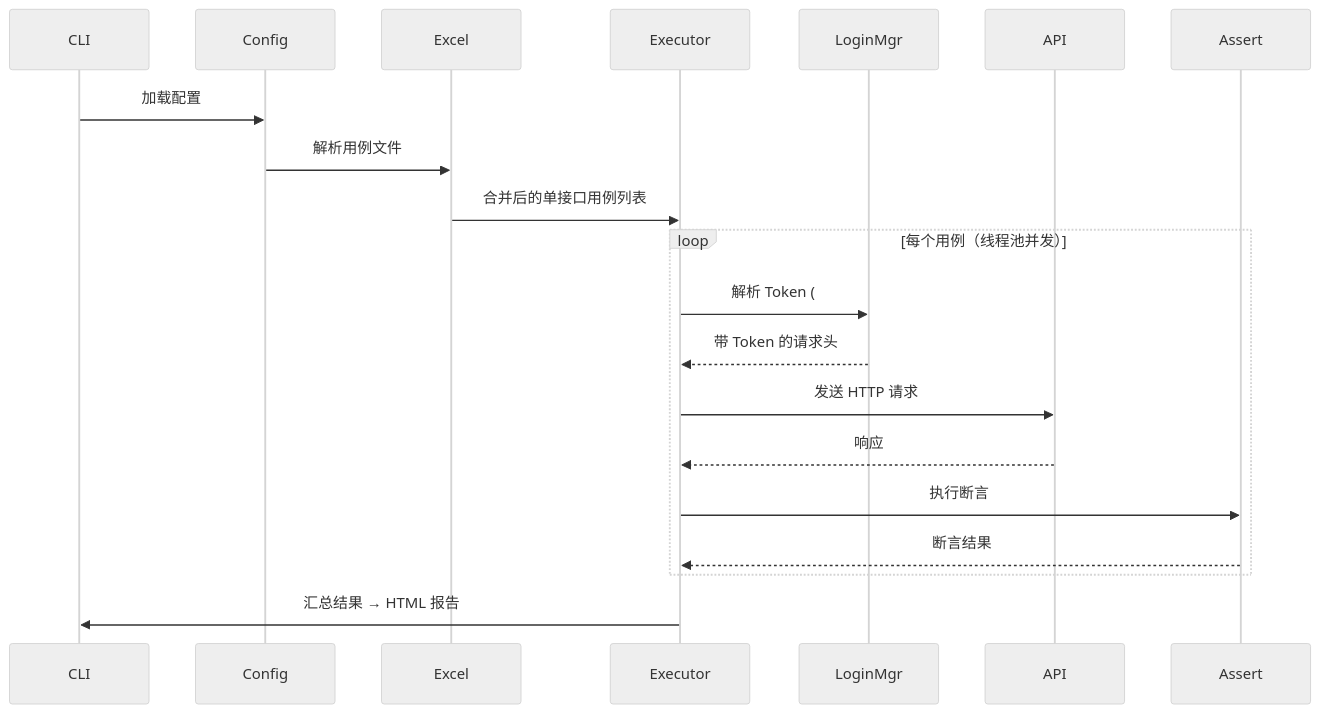
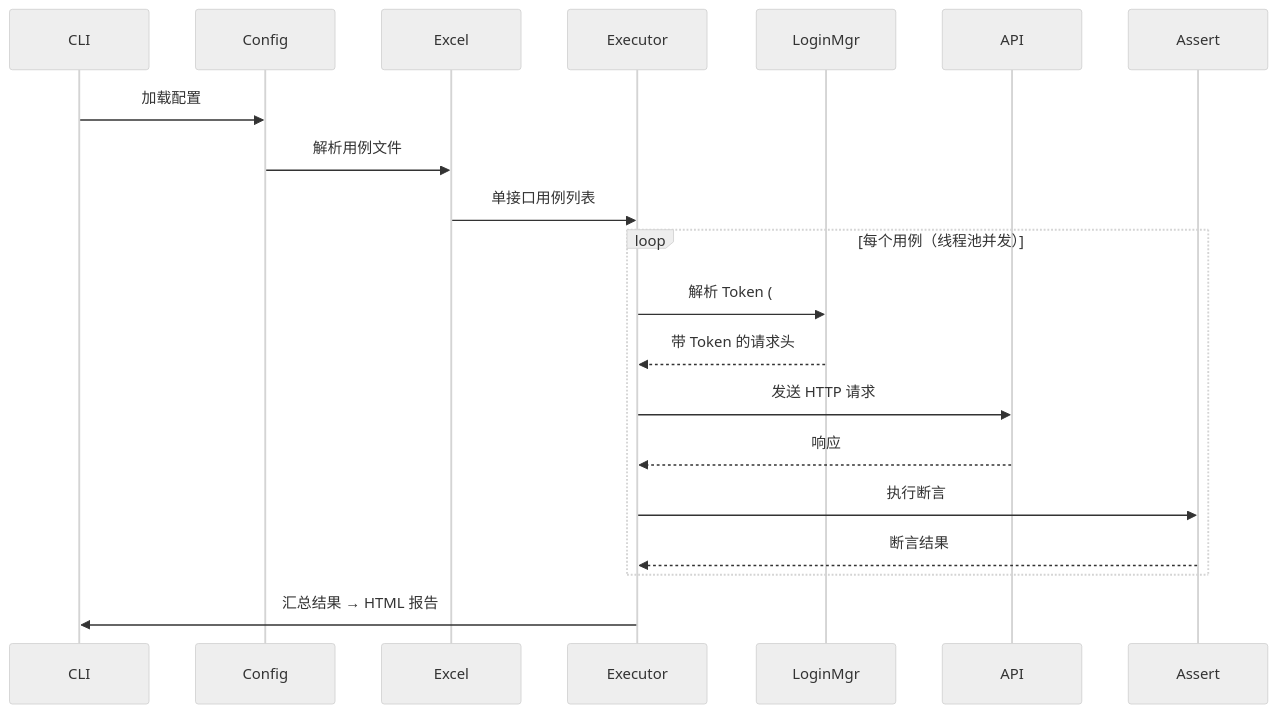
Before and after one commit to Remon-16/flow-forge: the second of 3 diagrams in python/README.md, drawn with Mermaid (neutral theme). The commit also changed other lines of this file and 4 other files, not shown here.

````diff
--- a/python/README.md
+++ b/python/README.md
@@ -385,23 +378,23 @@
 ```mermaid
 sequenceDiagram
     participant CLI
     participant Config
     participant Excel
     participant Executor
     participant LoginMgr
     participant API
     participant Assert
 
     CLI->>Config: 加载配置
     Config->>Excel: 解析用例文件
-    Excel->>Executor: 合并后的单接口用例列表
+    Excel->>Executor: 单接口用例列表
     loop 每个用例（线程池并发）
         Executor->>LoginMgr: 解析 Token (#{user})
         LoginMgr-->>Executor: 带 Token 的请求头
         Executor->>API: 发送 HTTP 请求
         API-->>Executor: 响应
         Executor->>Assert: 执行断言
         Assert-->>Executor: 断言结果
     end
     Executor->>CLI: 汇总结果 → HTML 报告
 ```
````
